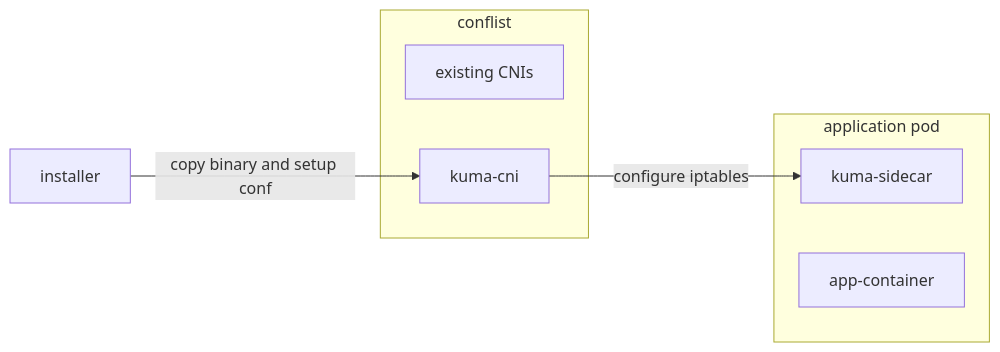
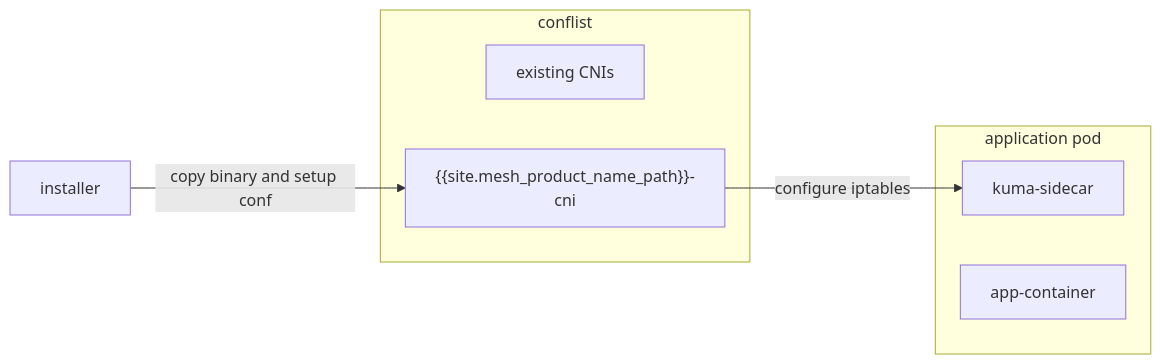
Before and after one commit to Kong/developer.konghq.com: the diagram in app/mesh/cni.md, drawn with Mermaid. The commit also changed other lines of this file, not shown here.

```diff
--- a/app/mesh/cni.md
+++ b/app/mesh/cni.md
@@ -54,13 +54,13 @@
 {% mermaid %}
 flowchart LR
  subgraph s1["conflist"]
         n2["existing CNIs"]
-        n3["kuma-cni"]
+        n3["{{site.mesh_product_name_path}}-cni"]
   end
  subgraph s2["application pod"]
         n4["kuma-sidecar"]
         n5["app-container"]
   end
     A["installer"] -- copy binary and setup conf --> n3
     n3 -- configure iptables --> n4
 {% endmermaid %}
```
